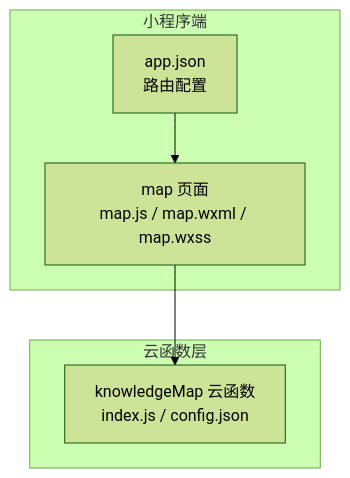
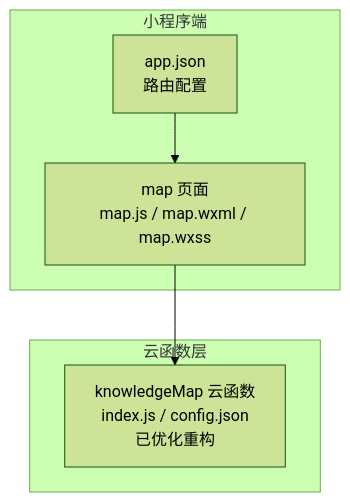
The first of 3 diagrams in .qoder/repowiki/zh/content/核心功能模块/知识图谱系统/知识图谱系统.md (cwb7756/bio), drawn with Mermaid (forest theme) before and after one commit. The commit also changed other lines of this file and 46 other files, not shown here.

````diff
--- a/.qoder/repowiki/zh/content/核心功能模块/知识图谱系统/知识图谱系统.md
+++ b/.qoder/repowiki/zh/content/核心功能模块/知识图谱系统/知识图谱系统.md
@@ -39,12 +47,12 @@
 ```mermaid
 graph TB
 subgraph "小程序端"
 APP["app.json<br/>路由配置"]
 MAP_PAGE["map 页面<br/>map.js / map.wxml / map.wxss"]
 end
 subgraph "云函数层"
-KM_CF["knowledgeMap 云函数<br/>index.js / config.json"]
+KM_CF["knowledgeMap 云函数<br/>index.js / config.json<br/>已优化重构"]
 end
 APP --> MAP_PAGE
 MAP_PAGE --> KM_CF
 ```
````
